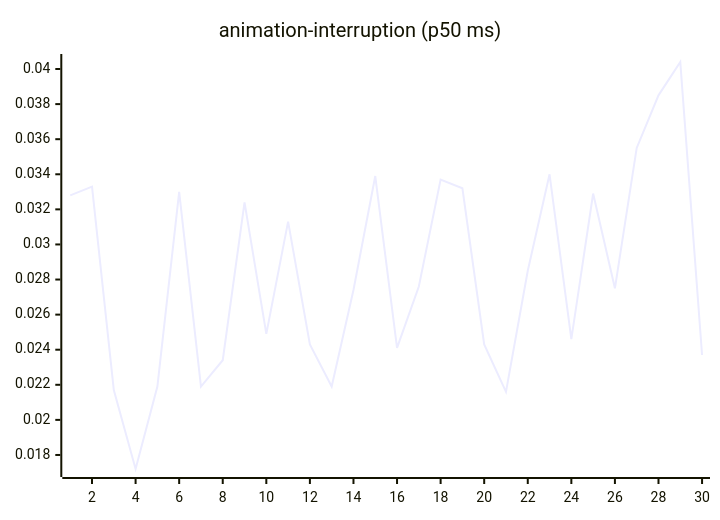
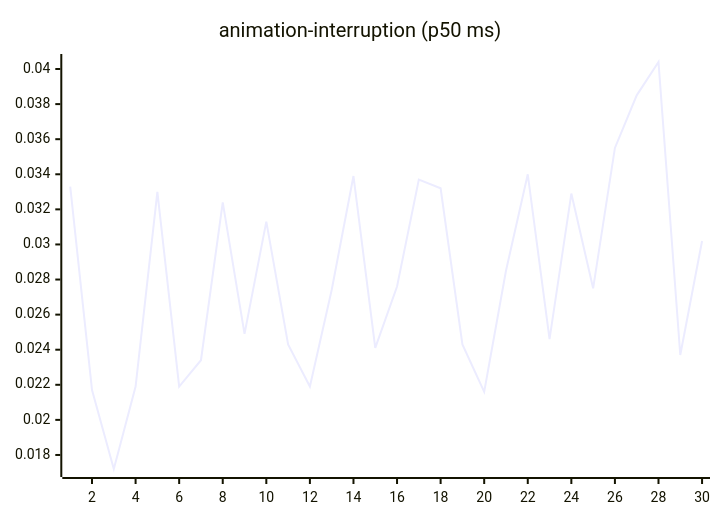
Before and after one commit to josha/Facet: the third of 27 diagrams in README.md, drawn with Mermaid. The commit also changed other lines of this file and 2 other files, not shown here.

````diff
--- a/README.md
+++ b/README.md
@@ -77,6 +77,6 @@
 ```mermaid
 xychart-beta
     title "animation-interruption (p50 ms)"
     x-axis 1 --> 30
-    line [0.0328, 0.0333, 0.0217, 0.0172, 0.0219, 0.0330, 0.0219, 0.0234, 0.0324, 0.0249, 0.0313, 0.0243, 0.0219, 0.0274, 0.0339, 0.0241, 0.0276, 0.0337, 0.0332, 0.0243, 0.0216, 0.0285, 0.0340, 0.0246, 0.0329, 0.0275, 0.0355, 0.0385, 0.0404, 0.0237]
+    line [0.0333, 0.0217, 0.0172, 0.0219, 0.0330, 0.0219, 0.0234, 0.0324, 0.0249, 0.0313, 0.0243, 0.0219, 0.0274, 0.0339, 0.0241, 0.0276, 0.0337, 0.0332, 0.0243, 0.0216, 0.0285, 0.0340, 0.0246, 0.0329, 0.0275, 0.0355, 0.0385, 0.0404, 0.0237, 0.0302]
 ```
````
